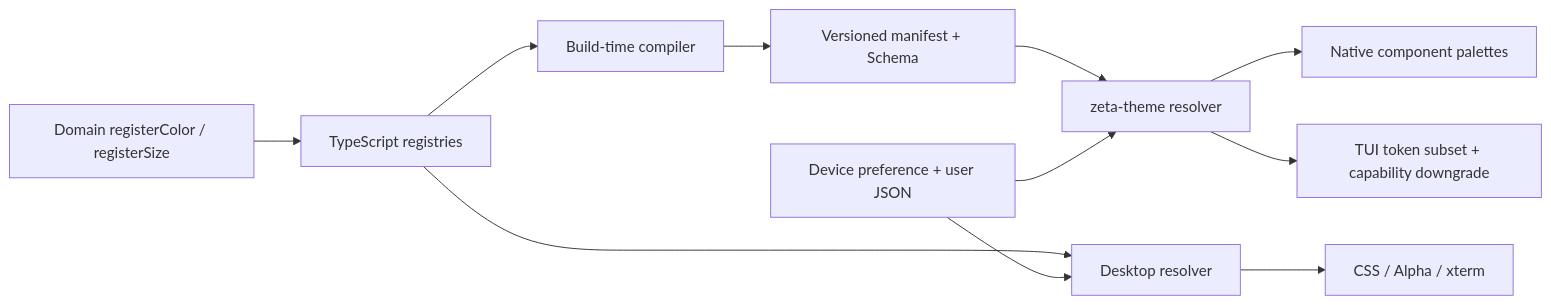
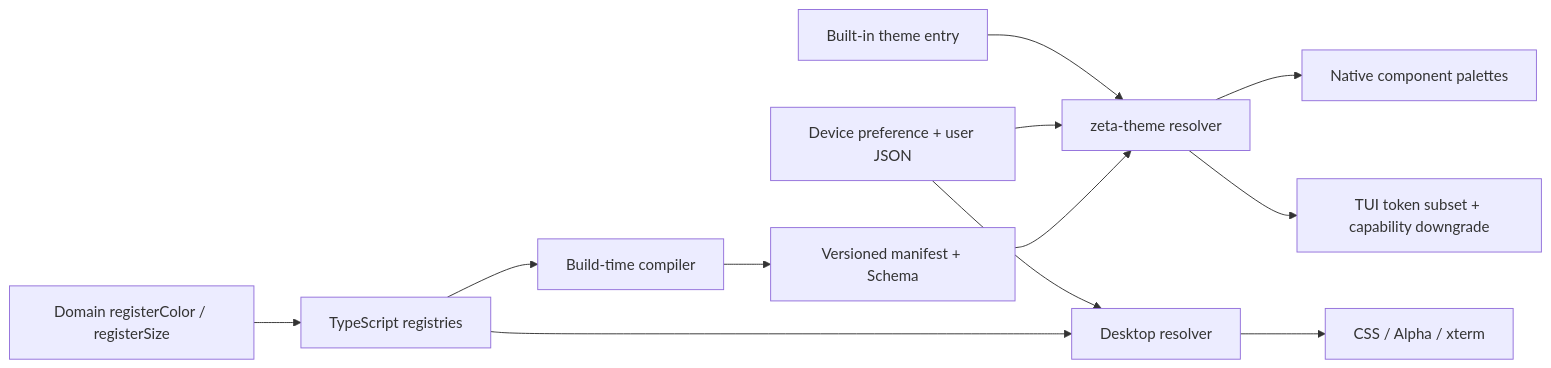
Before and after one commit to chogng/zeta: the diagram in docs/design-tokens.md, drawn with Mermaid. The commit also changed other lines of this file and 8 other files, not shown here.

````diff
--- a/docs/design-tokens.md
+++ b/docs/design-tokens.md
@@ -38,13 +38,14 @@
 ```mermaid
 flowchart LR
   A["Domain registerColor / registerSize"] --> B["TypeScript registries"]
   B --> C["Build-time compiler"]
   C --> D["Versioned manifest + Schema"]
   B --> E["Desktop resolver"]
   D --> F["zeta-theme resolver"]
   G["Device preference + user JSON"] --> E
   G --> F
+  K["Built-in theme entry"] --> F
   E --> H["CSS / Alpha / xterm"]
   F --> I["Native component palettes"]
   F --> J["TUI token subset + capability downgrade"]
 ```
````
